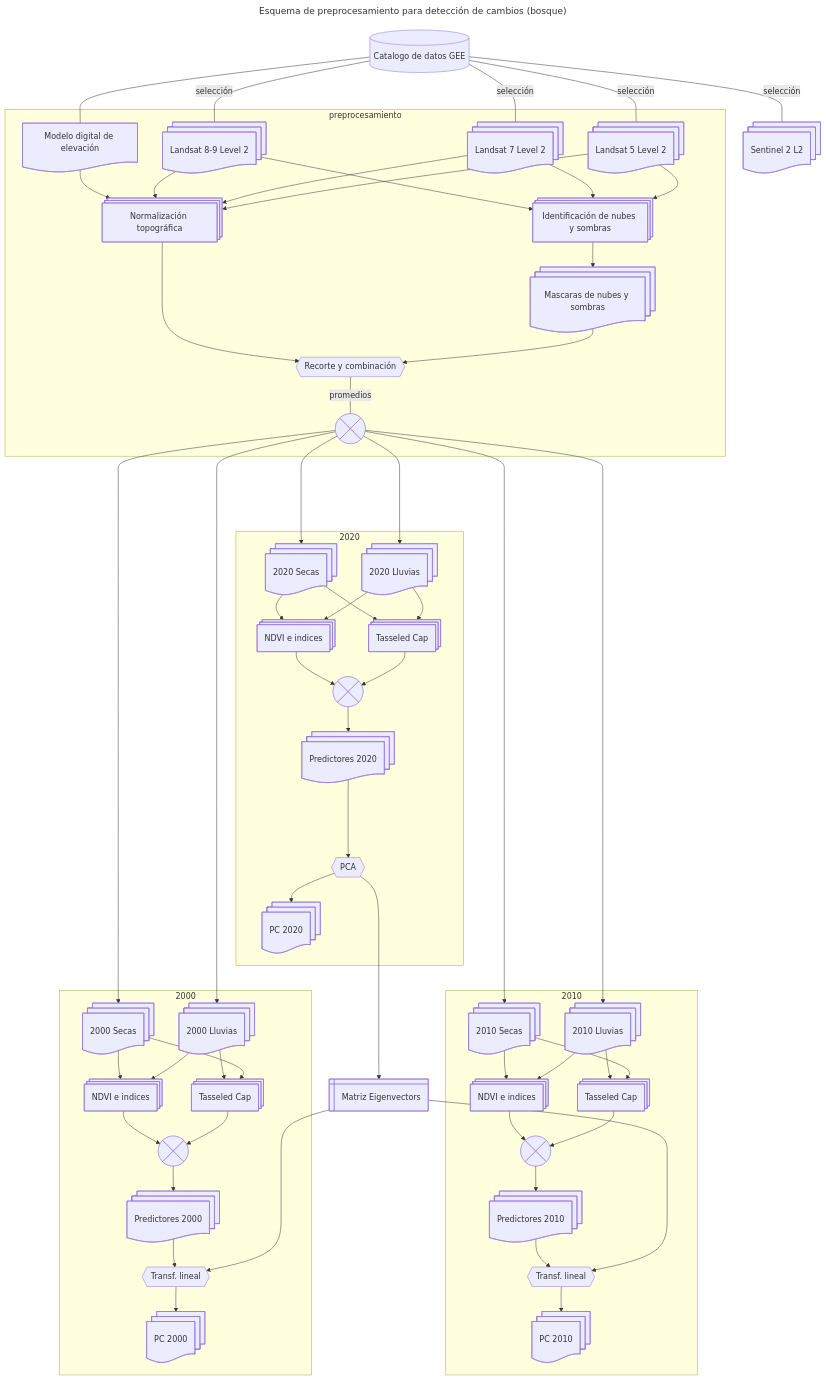
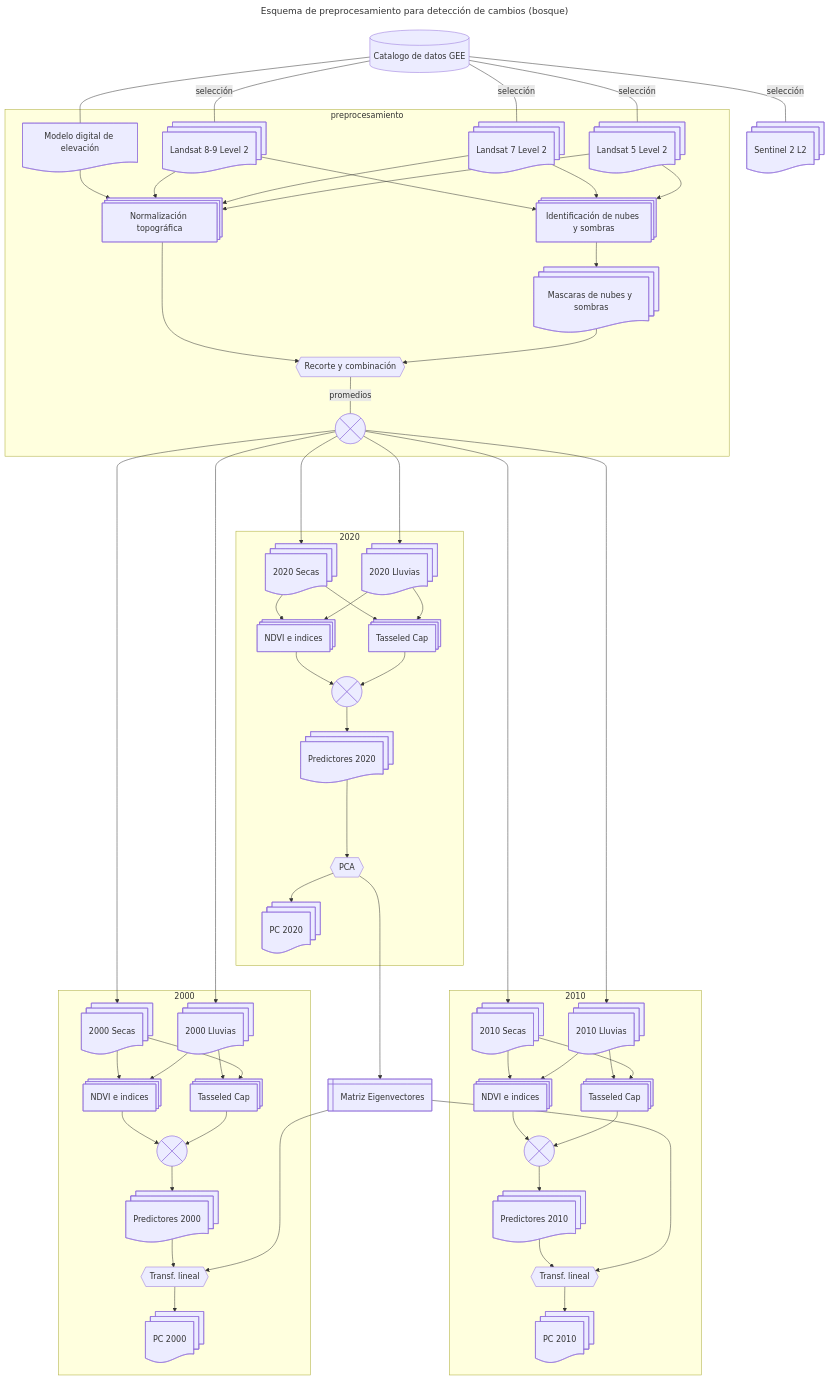
One commit to vshalisko/GEE changed the diagram in ANPs/Esquema_preprocesamiento.mermaid. Above: the diagram before and after it, drawn with Mermaid.

```diff
--- a/ANPs/Esquema_preprocesamiento.mermaid
+++ b/ANPs/Esquema_preprocesamiento.mermaid
@@ -1,118 +1,118 @@
 ---
 title: Esquema de preprocesamiento para detección de cambios (bosque)
 ---
 flowchart TD
     gee1[(Catalogo de datos GEE)]
     Landsat8@{ shape: docs, label: Landsat 8-9 Level 2}
     Landsat7@{ shape: docs, label: Landsat 7 Level 2}
     Landsat5@{ shape: docs, label: Landsat 5 Level 2}
     Sentinel2@{ shape: docs, label: Sentinel 2 L2}
     MDE@{ shape: doc, label: Modelo digital de elevación}
     
     INS@{ shape: procs, label: "Identificación de nubes y sombras"}
     MNS@{ shape: docs, label: "Mascaras de nubes y sombras"}
     NT@{ shape: procs, label: "Normalización topográfica"}
     Combinacion1@{ shape: hex, label: "Recorte y combinación" }
     Combinacion2@{ shape: cross-circ, label: "Promedios de bandas" }
 
     BSecas2000@{ shape: docs, label: 2000 Secas}
     BLluvias2000@{ shape: docs, label: 2000 Lluvias}
     BSecas2010@{ shape: docs, label: 2010 Secas}
     BLluvias2010@{ shape: docs, label: 2010 Lluvias}
     BSecas2020@{ shape: docs, label: 2020 Secas}
     BLluvias2020@{ shape: docs, label: 2020 Lluvias}
 
     IndVeg2000@{ shape: procs, label: "NDVI e indices"}
     IndVeg2010@{ shape: procs, label: "NDVI e indices"}
     IndVeg2020@{ shape: procs, label: "NDVI e indices"}
     Tass2000@{ shape: procs, label: "Tasseled Cap"}
     Tass2010@{ shape: procs, label: "Tasseled Cap"}
     Tass2020@{ shape: procs, label: "Tasseled Cap"}
 
     Comb2000@{ shape: cross-circ, label: "Combinación" }
     Comb2010@{ shape: cross-circ, label: "Combinación" }
     Comb2020@{ shape: cross-circ, label: "Combinación" }
 
     Capas2000@{ shape: docs, label: Predictores 2000}
     Capas2010@{ shape: docs, label: Predictores 2010}
     Capas2020@{ shape: docs, label: Predictores 2020}
 
     PCA2020@{ shape: hex, label: "PCA"}
     TL2000@{ shape: hex, label: "Transf. lineal"}
     TL2010@{ shape: hex, label: "Transf. lineal"}
 
     CapasPCA2000@{ shape: docs, label: PC 2000}
     CapasPCA2010@{ shape: docs, label: PC 2010}
     CapasPCA2020@{ shape: docs, label: PC 2020}
 
-    Eigenvectors@{ shape: win-pane, label: "Matriz Eigenvectors" }
+    Eigenvectors@{ shape: win-pane, label: "Matriz Eigenvectores" }
 
     gee1---|selección|Landsat8
     gee1---|selección|Landsat7
     gee1---|selección|Landsat5
     gee1---|selección|Sentinel2
     gee1---MDE
 
     subgraph preprocesamiento
         Landsat8-->INS
         Landsat7-->INS
         Landsat5-->INS
 
         MDE-->NT
         Landsat8-->NT
         Landsat7-->NT
         Landsat5-->NT
 
         INS-->MNS
         NT-->Combinacion1
         MNS-->Combinacion1
         Combinacion1---|promedios|Combinacion2
         
     end
 
     Combinacion2---->BSecas2000
     Combinacion2---->BLluvias2000
     Combinacion2---->BSecas2010
     Combinacion2---->BLluvias2010
     Combinacion2---->BSecas2020
     Combinacion2---->BLluvias2020
 
     subgraph 2000
         BSecas2000-->IndVeg2000
         BLluvias2000-->Tass2000
         BLluvias2000-->IndVeg2000
         BSecas2000-->Tass2000
         IndVeg2000-->Comb2000
         Tass2000-->Comb2000
         Comb2000-->Capas2000
         Capas2000-->TL2000
         TL2000-->CapasPCA2000
     end
 
     subgraph 2010
         BSecas2010-->IndVeg2010
         BLluvias2010-->Tass2010
         BLluvias2010-->IndVeg2010
         BSecas2010-->Tass2010
         IndVeg2010-->Comb2010
         Tass2010-->Comb2010
         Comb2010-->Capas2010
         Capas2010-->TL2010
         TL2010-->CapasPCA2010
     end
 
     subgraph 2020
         BSecas2020-->IndVeg2020
         BSecas2020-->Tass2020
         BLluvias2020-->IndVeg2020
         BLluvias2020-->Tass2020
         IndVeg2020-->Comb2020
         Tass2020-->Comb2020
         Comb2020-->Capas2020
         Capas2020---->PCA2020
         PCA2020-->CapasPCA2020
     end
 
     PCA2020---->Eigenvectors
     Eigenvectors---->TL2000
     Eigenvectors---->TL2010
```
